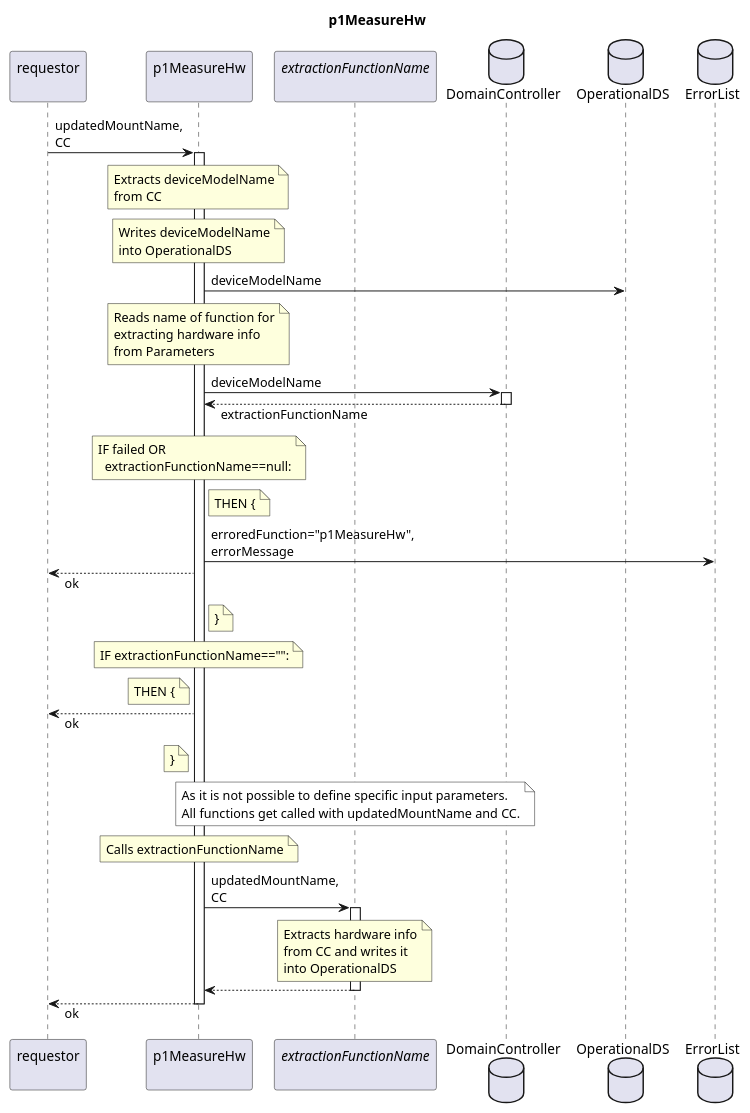
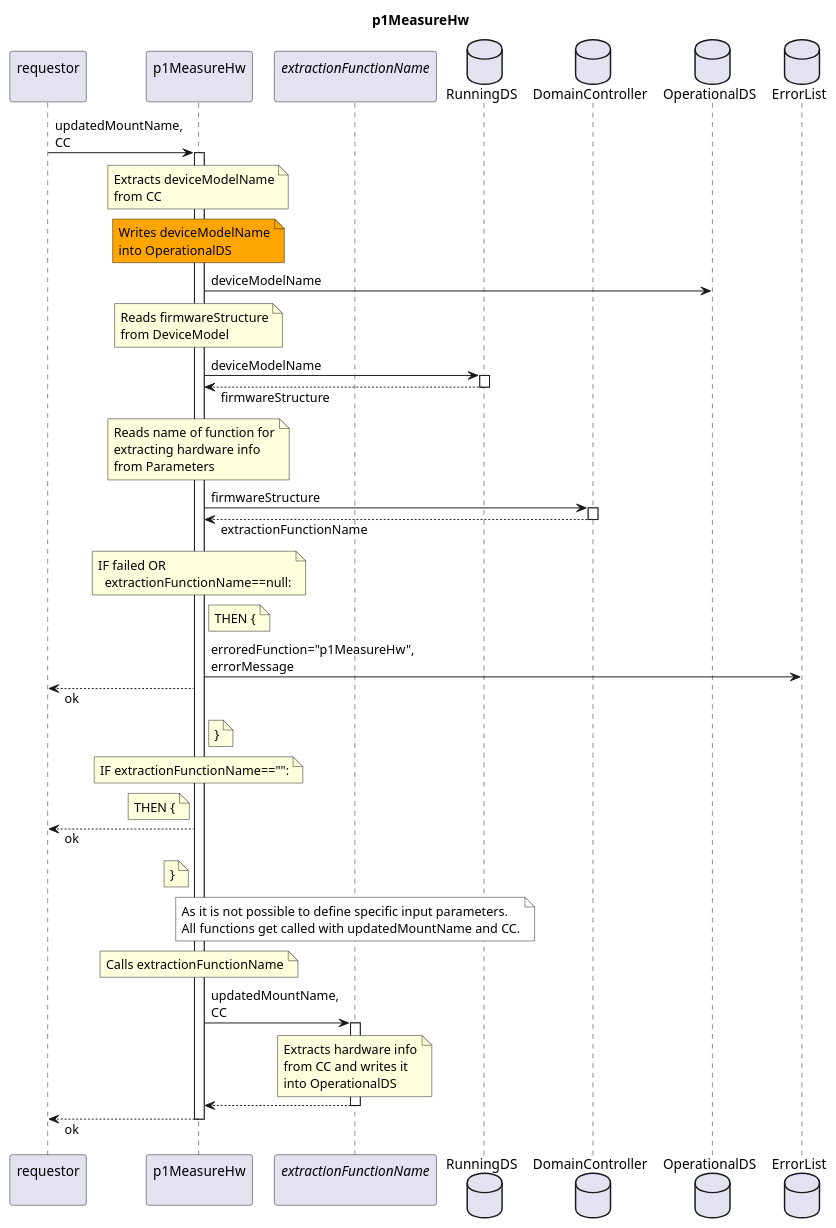
Before and after one commit to openBackhaul/FirmWareManager: the diagram in spec/Functions/Measurement/p1MeasureHw/1.0.0/p1MeasureHw.plantuml, drawn with PlantUML. The commit also changed 93 other files, not shown here.

```diff
--- a/spec/Functions/Measurement/p1MeasureHw/1.0.0/p1MeasureHw.plantuml
+++ b/spec/Functions/Measurement/p1MeasureHw/1.0.0/p1MeasureHw.plantuml
@@ -1,82 +1,92 @@
 @startuml p1MeasureHw
 skinparam responseMessageBelowArrow true
 
 title
   p1MeasureHw
 end title
 
 participant "requestor\n" as requestor
 participant "p1MeasureHw\n" as indServ
 participant "<i>extractionFunctionName</i>\n" as extrFunc
 
+database "RunningDS" as RunDS
 database "DomainController" as DC
 database "OperationalDS" as OpDS
 database "ErrorList" as hEL
 
 requestor -> indServ: updatedMountName,\nCC
 activate indServ
 
   note over indServ
     Extracts deviceModelName
     from CC
   end note
-  note over indServ
+  note over indServ #Orange
     Writes deviceModelName
     into OperationalDS
   end note
   indServ -> OpDS: deviceModelName
 
   note over indServ
+    Reads firmwareStructure
+    from DeviceModel
+  end note
+  indServ -> RunDS: deviceModelName
+  activate RunDS
+  indServ <-- RunDS: firmwareStructure
+  deactivate RunDS
+  note over indServ
     Reads name of function for
     extracting hardware info
     from Parameters
   end note
-  indServ -> DC: deviceModelName
+  indServ -> DC: firmwareStructure
   activate DC
   indServ <-- DC: extractionFunctionName
   deactivate DC
+
   note over indServ
     IF failed OR
       extractionFunctionName==null:
   end note
   note right indServ
     THEN {
   end note
   indServ -> hEL: erroredFunction="p1MeasureHw",\nerrorMessage
   requestor <-- indServ: ok
   note right indServ
     }
   end note
   note over indServ
     IF extractionFunctionName=="":
   end note
   note left indServ
     THEN {
   end note
   requestor <-- indServ: ok
   note left indServ
     }
   end note
 
   note over extrFunc #White
     As it is not possible to define specific input parameters.
     All functions get called with updatedMountName and CC.
   end note
 
   note over indServ
     Calls extractionFunctionName
   end note
   indServ -> extrFunc: updatedMountName,\nCC
   activate extrFunc
     note over extrFunc
       Extracts hardware info
       from CC and writes it
       into OperationalDS
     end note
   indServ <-- extrFunc
   deactivate extrFunc
 
 requestor <-- indServ: ok
 deactivate indServ
 
 @enduml
```
